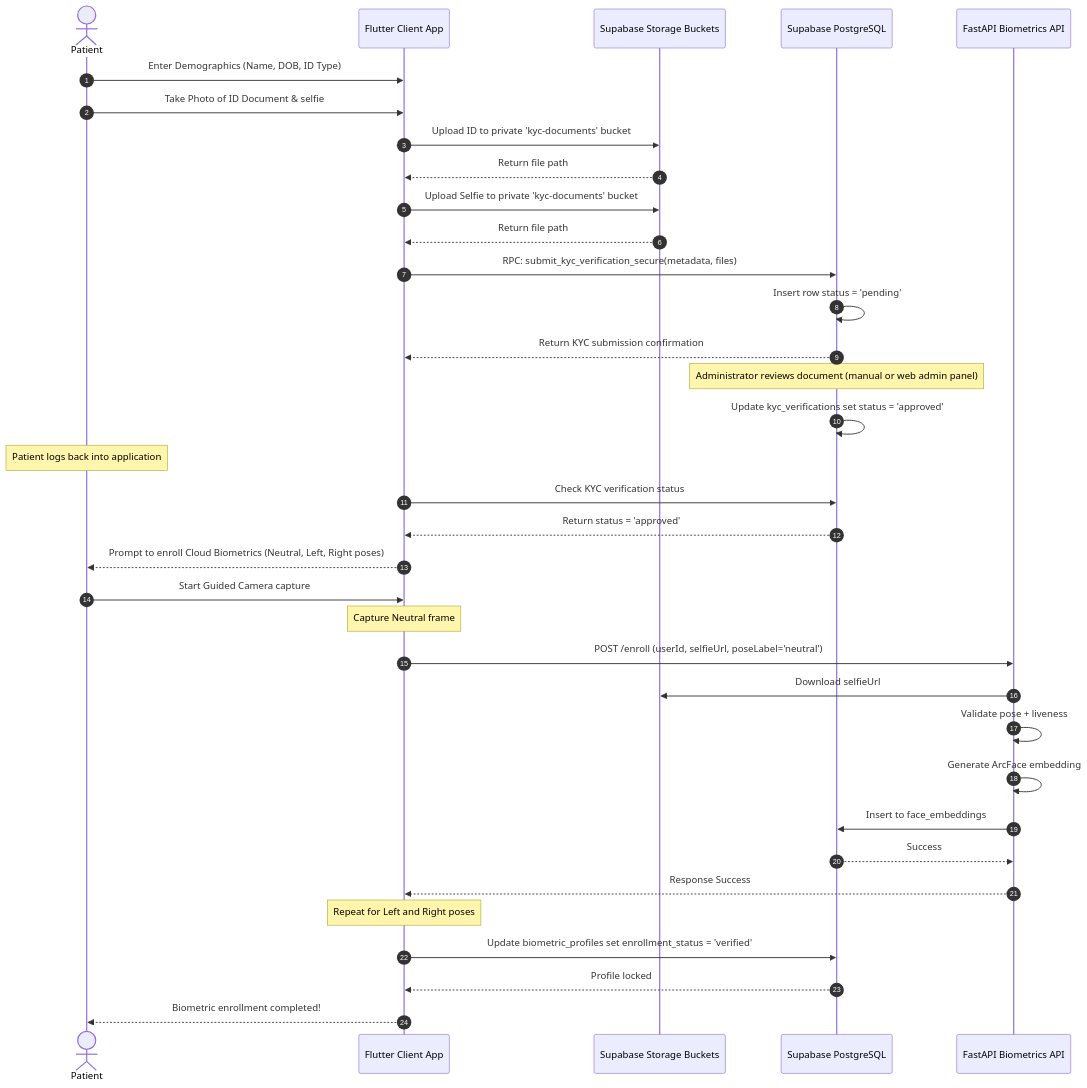
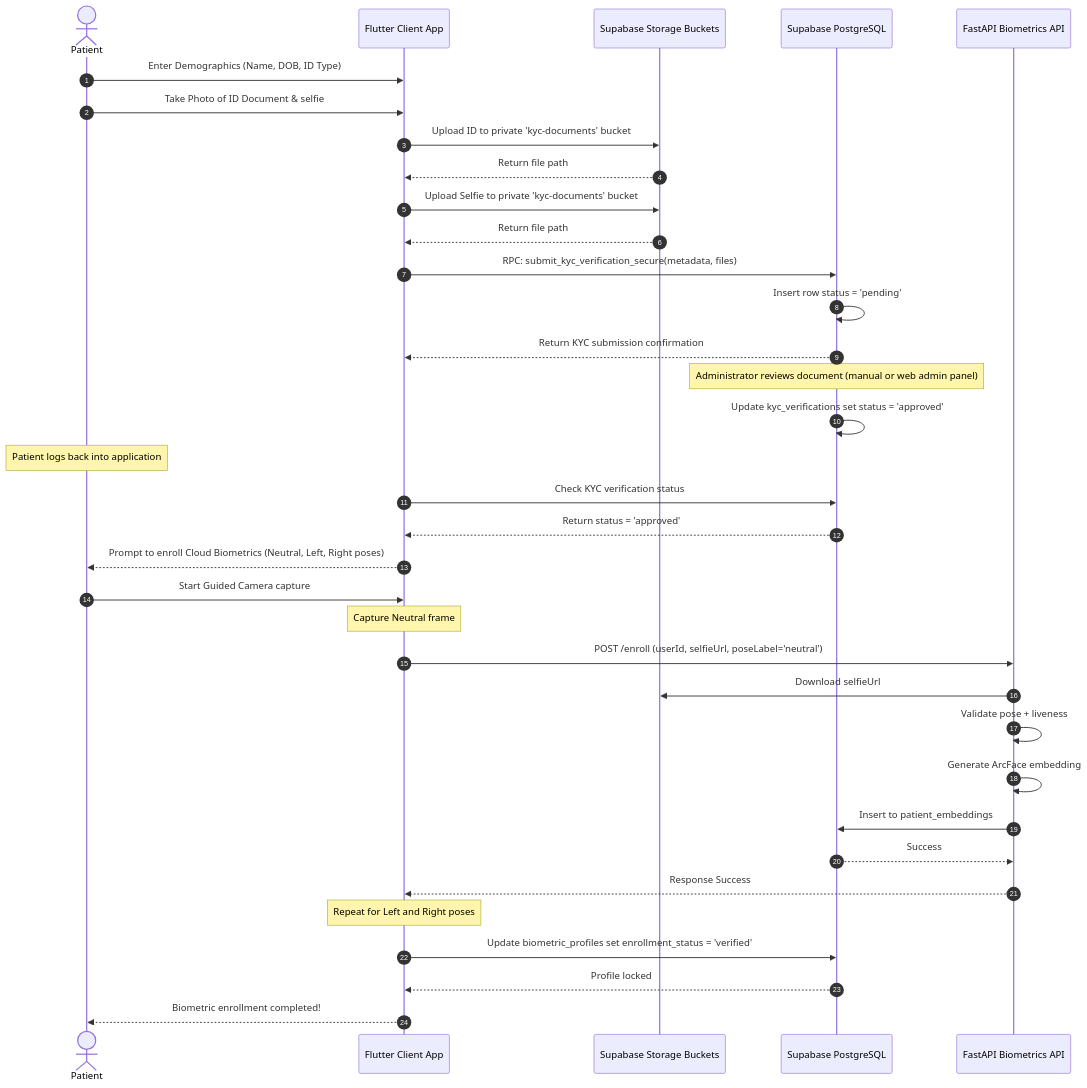
One commit to ankurrera/CareSyncMain changed the fourth of 4 diagrams in docs/SYSTEM_ARCHITECTURE.md. Above: the diagram before and after it, drawn with Mermaid. The commit also changed other lines of this file and 226 other files, not shown here.

````diff
--- a/docs/SYSTEM_ARCHITECTURE.md
+++ b/docs/SYSTEM_ARCHITECTURE.md
@@ -151,38 +151,38 @@
 ```mermaid
 sequenceDiagram
     autonumber
     actor Pat as Patient
     participant App as Flutter Client App
     participant Storage as Supabase Storage Buckets
     participant DB as Supabase PostgreSQL
     participant BioAPI as FastAPI Biometrics API
 
     Pat->>App: Enter Demographics (Name, DOB, ID Type)
     Pat->>App: Take Photo of ID Document & selfie
     App->>Storage: Upload ID to private 'kyc-documents' bucket
     Storage-->>App: Return file path
     App->>Storage: Upload Selfie to private 'kyc-documents' bucket
     Storage-->>App: Return file path
     App->>DB: RPC: submit_kyc_verification_secure(metadata, files)
     DB->>DB: Insert row status = 'pending'
     DB-->>App: Return KYC submission confirmation
     Note over DB: Administrator reviews document (manual or web admin panel)
     DB->>DB: Update kyc_verifications set status = 'approved'
     Note over Pat: Patient logs back into application
     App->>DB: Check KYC verification status
     DB-->>App: Return status = 'approved'
     App-->>Pat: Prompt to enroll Cloud Biometrics (Neutral, Left, Right poses)
     Pat->>App: Start Guided Camera capture
     Note over App: Capture Neutral frame
     App->>BioAPI: POST /enroll (userId, selfieUrl, poseLabel='neutral')
     BioAPI->>Storage: Download selfieUrl
     BioAPI->>BioAPI: Validate pose + liveness
     BioAPI->>BioAPI: Generate ArcFace embedding
-    BioAPI->>DB: Insert to face_embeddings
+    BioAPI->>DB: Insert to patient_embeddings
     DB-->>BioAPI: Success
     BioAPI-->>App: Response Success
     Note over App: Repeat for Left and Right poses
     App->>DB: Update biometric_profiles set enrollment_status = 'verified'
     DB-->>App: Profile locked
     App-->>Pat: Biometric enrollment completed!
 ```
````
